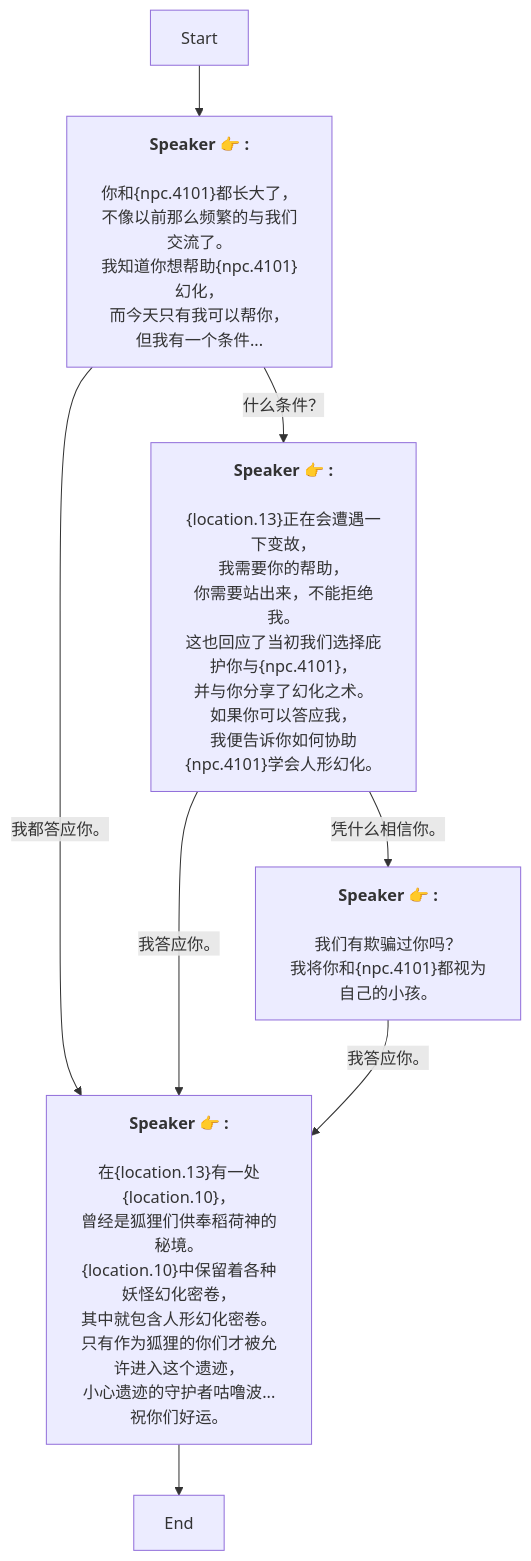
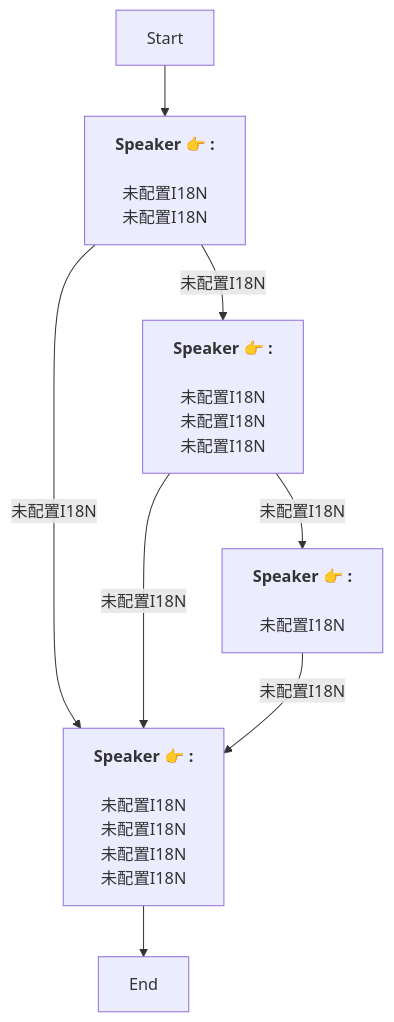
One commit to SoftHu/tos_avg changed the diagram in Zh/QuestTalkObjectiveNode_1738550119098627.md. Above: the diagram before and after it, drawn with Mermaid. The commit also changed 730 other files, not shown here.

````diff
--- a/Zh/QuestTalkObjectiveNode_1738550119098627.md
+++ b/Zh/QuestTalkObjectiveNode_1738550119098627.md
@@ -1,34 +1,17 @@
 ```mermaid
 graph
 Start -->1738550145333510[<b>Speaker 👉 :</b>
-\n你和&lbrace;npc.4101&rbrace;都长大了，
-不像以前那么频繁的与我们交流了。\n我知道你想帮助&lbrace;npc.4101&rbrace;幻化，
-而今天只有我可以帮你，
-但我有一个条件...]
-1738550145333510 -->|我都答应你。|1738550822708499[<b>Speaker 👉 :</b>
-\n在&lbrace;location.13&rbrace;有一处&lbrace;location.10&rbrace;，
-曾经是狐狸们供奉稻荷神的秘境。\n&lbrace;location.10&rbrace;中保留着各种妖怪幻化密卷，
-其中就包含人形幻化密卷。\n只有作为狐狸的你们才被允许进入这个遗迹，
-小心遗迹的守护者咕噜波...\n祝你们好运。]
-1738550145333510 -->|什么条件？|1738550618203404[<b>Speaker 👉 :</b>
-\n&lbrace;location.13&rbrace;正在会遭遇一下变故，
-我需要你的帮助，
-你需要站出来，不能拒绝我。\n这也回应了当初我们选择庇护你与&lbrace;npc.4101&rbrace;，
-并与你分享了幻化之术。\n如果你可以答应我，
-我便告诉你如何协助&lbrace;npc.4101&rbrace;学会人形幻化。]
-1738550618203404 -->|我答应你。|1738550822708499[<b>Speaker 👉 :</b>
-\n在&lbrace;location.13&rbrace;有一处&lbrace;location.10&rbrace;，
-曾经是狐狸们供奉稻荷神的秘境。\n&lbrace;location.10&rbrace;中保留着各种妖怪幻化密卷，
-其中就包含人形幻化密卷。\n只有作为狐狸的你们才被允许进入这个遗迹，
-小心遗迹的守护者咕噜波...\n祝你们好运。]
-1738550618203404 -->|凭什么相信你。|1738550764796178[<b>Speaker 👉 :</b>
-\n我们有欺骗过你吗？
-我将你和&lbrace;npc.4101&rbrace;都视为自己的小孩。]
-1738550764796178 -->|我答应你。|1738550822708499[<b>Speaker 👉 :</b>
-\n在&lbrace;location.13&rbrace;有一处&lbrace;location.10&rbrace;，
-曾经是狐狸们供奉稻荷神的秘境。\n&lbrace;location.10&rbrace;中保留着各种妖怪幻化密卷，
-其中就包含人形幻化密卷。\n只有作为狐狸的你们才被允许进入这个遗迹，
-小心遗迹的守护者咕噜波...\n祝你们好运。]
+\n未配置I18N\n未配置I18N]
+1738550145333510 -->|未配置I18N|1738550822708499[<b>Speaker 👉 :</b>
+\n未配置I18N\n未配置I18N\n未配置I18N\n未配置I18N]
+1738550145333510 -->|未配置I18N|1738550618203404[<b>Speaker 👉 :</b>
+\n未配置I18N\n未配置I18N\n未配置I18N]
+1738550618203404 -->|未配置I18N|1738550822708499[<b>Speaker 👉 :</b>
+\n未配置I18N\n未配置I18N\n未配置I18N\n未配置I18N]
+1738550618203404 -->|未配置I18N|1738550764796178[<b>Speaker 👉 :</b>
+\n未配置I18N]
+1738550764796178 -->|未配置I18N|1738550822708499[<b>Speaker 👉 :</b>
+\n未配置I18N\n未配置I18N\n未配置I18N\n未配置I18N]
 1738550822708499 -->1738550989306136[End]
 
 ```
````
